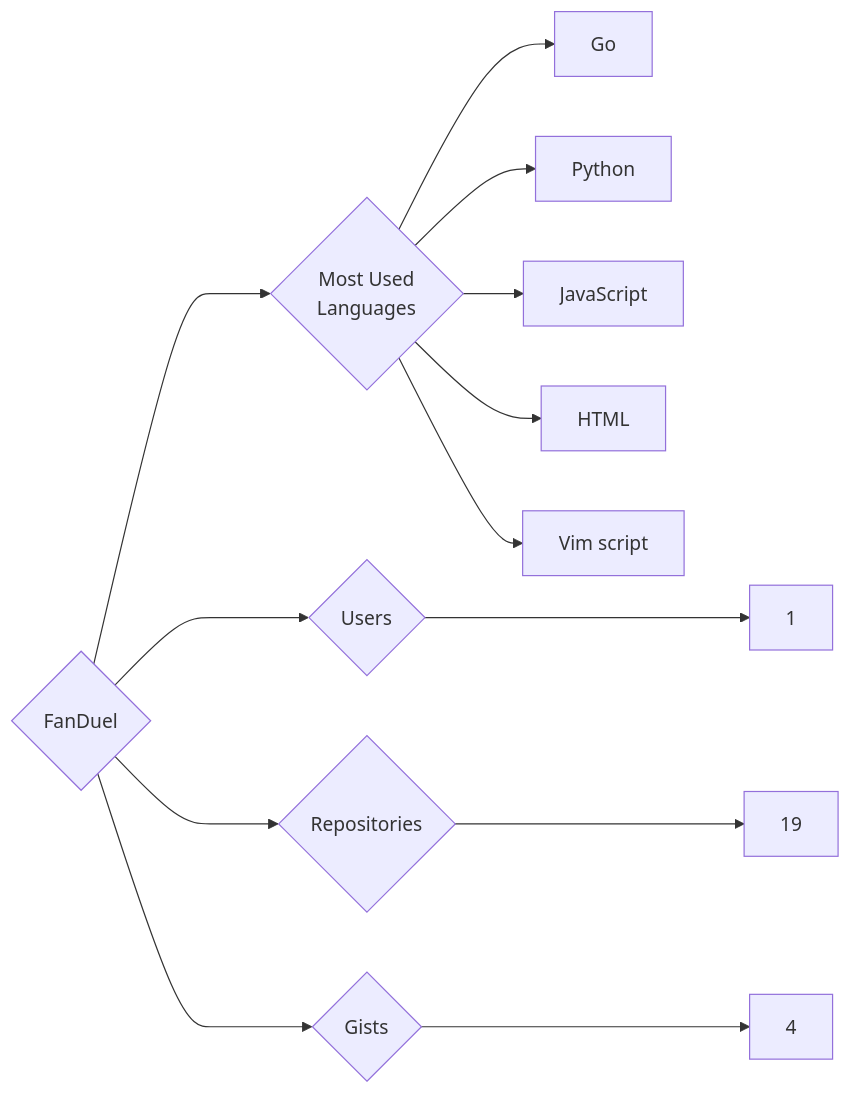
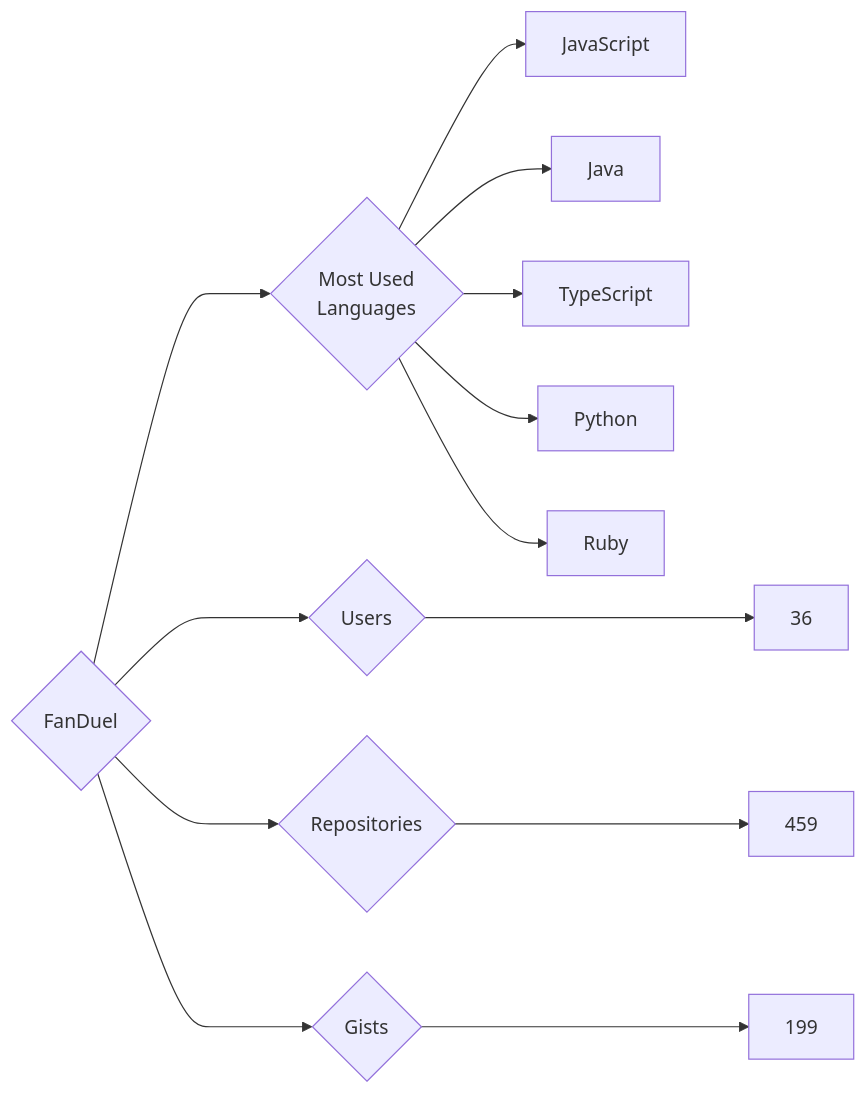
Before and after one commit to trickest/insiders: the diagram in targets/FanDuel/README.md, drawn with Mermaid. The commit also changed 935 other files, not shown here.

````diff
--- a/targets/FanDuel/README.md
+++ b/targets/FanDuel/README.md
@@ -3,13 +3,13 @@
 ```mermaid
 graph LR
 COMPANY_NAME{FanDuel}
-COMPANY_NAME ---> U{Users} ---> UN[1]
-COMPANY_NAME ---> R{Repositories} ---> RN[19]
-COMPANY_NAME ---> G{Gists} ---> GN[4]
+COMPANY_NAME ---> U{Users} ---> UN[36]
+COMPANY_NAME ---> R{Repositories} ---> RN[459]
+COMPANY_NAME ---> G{Gists} ---> GN[199]
 COMPANY_NAME ---> ML{Most Used<br>Languages}
-ML --> Go[Go]
+ML --> JavaScript[JavaScript]
+ML --> Java[Java]
+ML --> TypeScript[TypeScript]
 ML --> Python[Python]
-ML --> JavaScript[JavaScript]
-ML --> HTML[HTML]
-ML --> Vim_script[Vim script]
+ML --> Ruby[Ruby]
 ```
````
